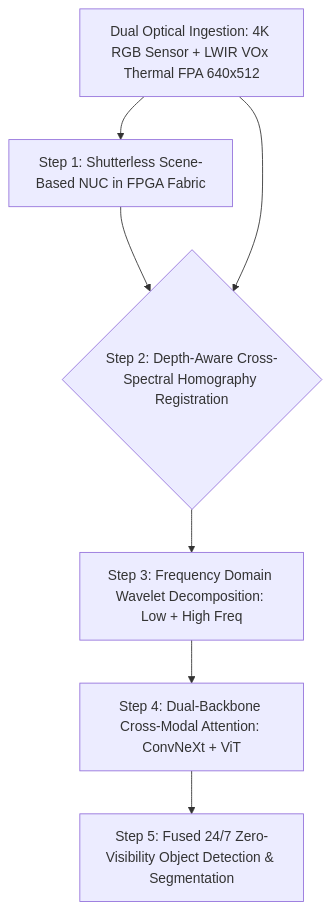
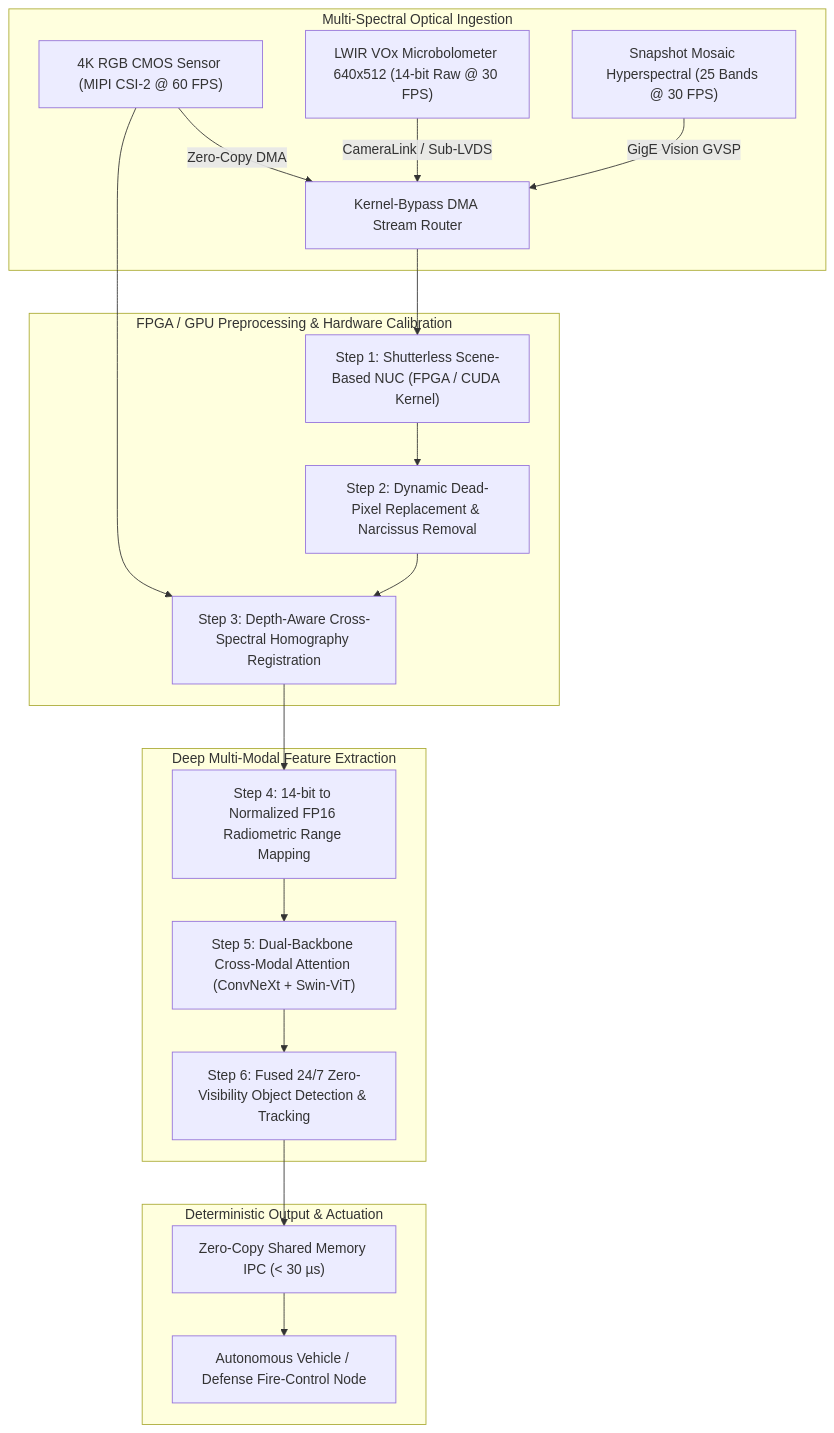
One commit to sergiomh499/cv-projects changed the diagram in topics/thermal-and-hyperspectral-vision/02-production-pipeline-and-workarounds.md. Above: the diagram before and after it, drawn with Mermaid. The commit also changed other lines of this file and 41 other files, not shown here.

Commit message:
docs(vault): deep expansion across 20 topic production pipelines, 2025-2026 architectures (RF-DETR, Qwen2.5-VL, MambaVision), and complete taxonomy matrices

````diff
--- a/topics/thermal-and-hyperspectral-vision/02-production-pipeline-and-workarounds.md
+++ b/topics/thermal-and-hyperspectral-vision/02-production-pipeline-and-workarounds.md
@@ -21,9 +34,26 @@
 ```mermaid
 flowchart TD
-    Sensors["Dual Optical Ingestion: 4K RGB Sensor + LWIR VOx Thermal FPA 640x512"] --> NUC["Step 1: Shutterless Scene-Based NUC in FPGA Fabric"]
-    NUC --> Reg{"Step 2: Depth-Aware Cross-Spectral Homography Registration"}
-    Sensors --> Reg
-    Reg --> Decomp["Step 3: Frequency Domain Wavelet Decomposition: Low + High Freq"]
-    Decomp --> DualBackbone["Step 4: Dual-Backbone Cross-Modal Attention: ConvNeXt + ViT"]
-    DualBackbone --> TRT["Step 5: Fused 24/7 Zero-Visibility Object Detection & Segmentation"]
+    subgraph "Multi-Spectral Optical Ingestion"
+        RGBCam["4K RGB CMOS Sensor (MIPI CSI-2 @ 60 FPS)"] -->|"Zero-Copy DMA"| HostDMA["Kernel-Bypass DMA Stream Router"]
+        ThermalCam["LWIR VOx Microbolometer 640x512 (14-bit Raw @ 30 FPS)"] -->|"CameraLink / Sub-LVDS"| HostDMA
+        HyperCam["Snapshot Mosaic Hyperspectral (25 Bands @ 30 FPS)"] -->|"GigE Vision GVSP"| HostDMA
+    end
+
+    subgraph "FPGA / GPU Preprocessing & Hardware Calibration"
+        HostDMA --> NUCKernel["Step 1: Shutterless Scene-Based NUC (FPGA / CUDA Kernel)"]
+        NUCKernel --> DeadPixelCorr["Step 2: Dynamic Dead-Pixel Replacement & Narcissus Removal"]
+        DeadPixelCorr --> CrossSpectralReg["Step 3: Depth-Aware Cross-Spectral Homography Registration"]
+        RGBCam --> CrossSpectralReg
+    end
+
+    subgraph "Deep Multi-Modal Feature Extraction"
+        CrossSpectralReg --> RadiometricToneMap["Step 4: 14-bit to Normalized FP16 Radiometric Range Mapping"]
+        RadiometricToneMap --> DualBackbone["Step 5: Dual-Backbone Cross-Modal Attention (ConvNeXt + Swin-ViT)"]
+        DualBackbone --> TRTFusion["Step 6: Fused 24/7 Zero-Visibility Object Detection & Tracking"]
+    end
+
+    subgraph "Deterministic Output & Actuation"
+        TRTFusion --> SharedMemoryIPC["Zero-Copy Shared Memory IPC (< 30 µs)"]
+        SharedMemoryIPC --> DownstreamPlanner["Autonomous Vehicle / Defense Fire-Control Node"]
+    end
 ```
````
